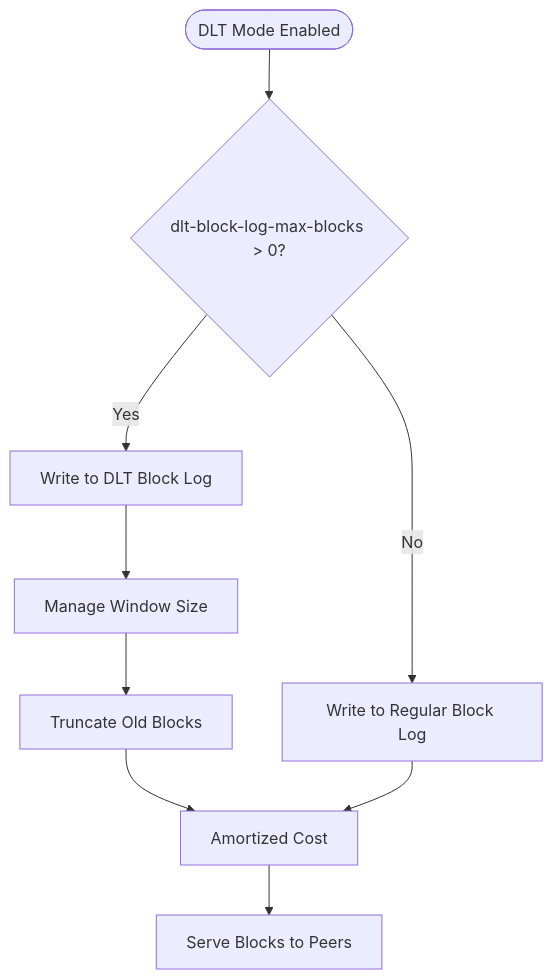
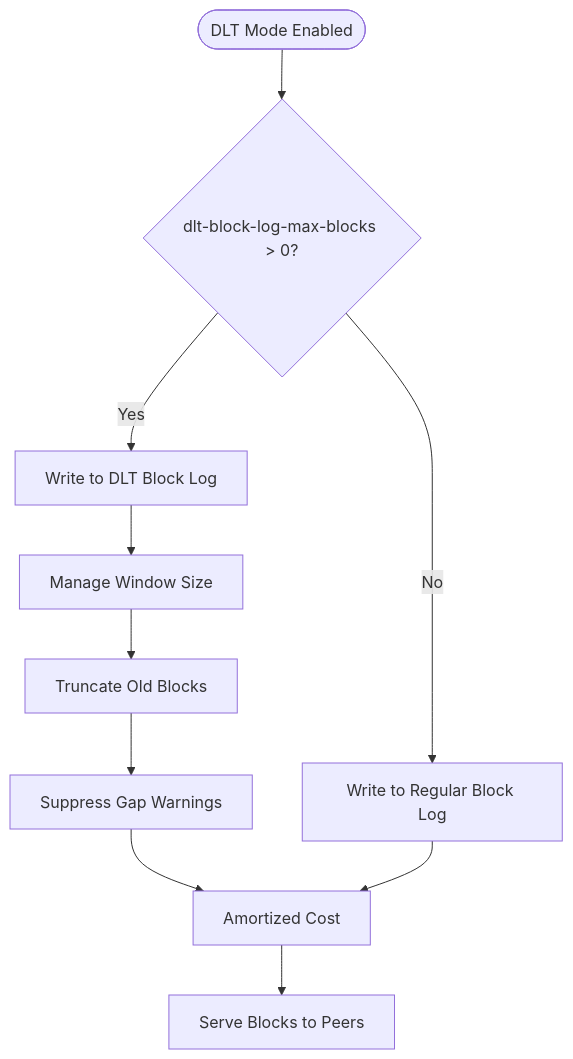
Before and after one commit to VIZ-Blockchain/viz-cpp-node: diagram 33 of 42 in .qoder/repowiki/en/content/Plugin System/Snapshot Plugin System.md, drawn with Mermaid. The commit also changed other lines of this file and 4 other files, not shown here.

````diff
--- a/.qoder/repowiki/en/content/Plugin System/Snapshot Plugin System.md
+++ b/.qoder/repowiki/en/content/Plugin System/Snapshot Plugin System.md
@@ -1270,11 +1280,12 @@
 ```mermaid
 flowchart TD
 Start([DLT Mode Enabled]) --> CheckWindow{dlt-block-log-max-blocks > 0?}
 CheckWindow --> |Yes| WriteDLT[Write to DLT Block Log]
 CheckWindow --> |No| WriteRegular[Write to Regular Block Log]
 WriteDLT --> ManageWindow[Manage Window Size]
 ManageWindow --> Truncate[Truncate Old Blocks]
-Truncate --> Maintain[Amortized Cost]
+Truncate --> Suppress[Suppress Gap Warnings]
+Suppress --> Maintain[Amortized Cost]
 WriteRegular --> Maintain
 Maintain --> Serve[Serve Blocks to Peers]
 ```
````
